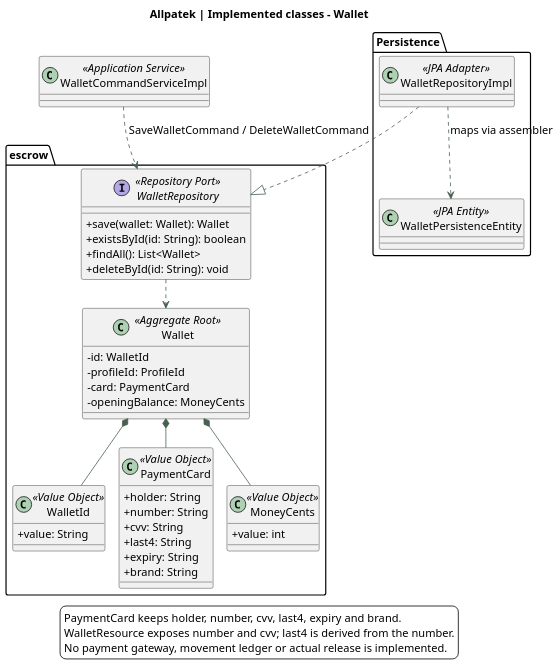
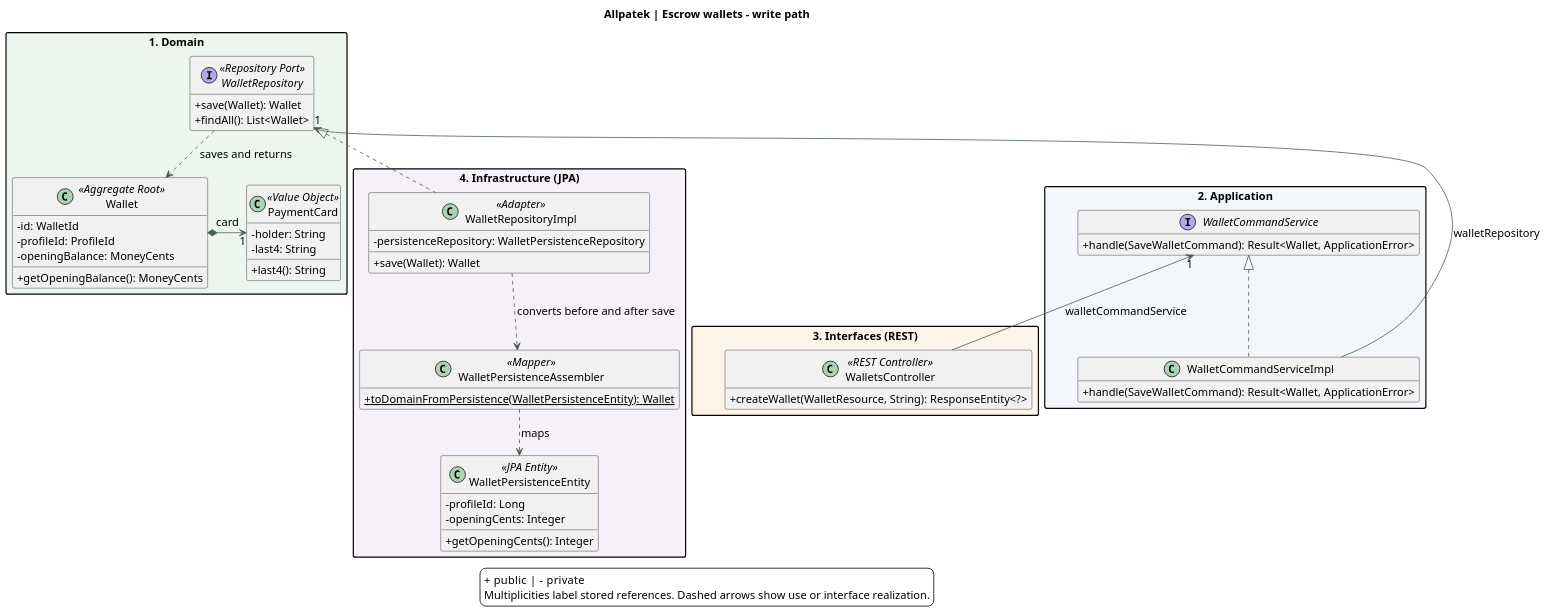
One commit to upc-pre-202620-1asi0729-7753-Terranova/allpatek-report changed the diagram in assets/chapter-04/architecture/11-classes-payments.puml. Above: the diagram before and after it, drawn with PlantUML. The commit also changed 6 other files, not shown here.

Commit message:
docs(uml): trace escrow classes across the API and webapp

```diff
--- a/assets/chapter-04/architecture/11-classes-payments.puml
+++ b/assets/chapter-04/architecture/11-classes-payments.puml
@@ -1,67 +1,74 @@
 @startuml
 !pragma layout smetana
 skinparam backgroundColor white
 skinparam defaultFontName SansSerif
 skinparam defaultFontSize 14
 skinparam shadowing false
 skinparam classAttributeIconSize 0
 skinparam ArrowColor #476050
+skinparam packageStyle rectangle
 skinparam dpi 140
-title Allpatek | Implemented classes - Wallet
+hide empty members
 top to bottom direction
+title Allpatek | Escrow wallets - write path
 
-package "escrow" {
+package "1. Domain" as Domain #ECF6EF {
   class Wallet <<Aggregate Root>> {
     -id: WalletId
     -profileId: ProfileId
-    -card: PaymentCard
     -openingBalance: MoneyCents
+    +getOpeningBalance(): MoneyCents
   }
-
-  class WalletId <<Value Object>> {
-    +value: String
+  class PaymentCard <<Value Object>> {
+    -holder: String
+    -last4: String
+    +last4(): String
   }
-
-  class PaymentCard <<Value Object>> {
-    +holder: String
-    +number: String
-    +cvv: String
-    +last4: String
-    +expiry: String
-    +brand: String
+  interface WalletRepository <<Repository Port>> {
+    +save(Wallet): Wallet
+    +findAll(): List<Wallet>
   }
-
-  class MoneyCents <<Value Object>> {
-    +value: int
+  Wallet *-right-> "1" PaymentCard : card
+  WalletRepository ..> Wallet : saves and returns
+}
+package "2. Application" as Application #F3F6FA {
+  interface WalletCommandService {
+    +handle(SaveWalletCommand): Result<Wallet, ApplicationError>
   }
-
-  interface WalletRepository <<Repository Port>> {
-    +save(wallet: Wallet): Wallet
-    +existsById(id: String): boolean
-    +findAll(): List<Wallet>
-    +deleteById(id: String): void
+  class WalletCommandServiceImpl {
+    +handle(SaveWalletCommand): Result<Wallet, ApplicationError>
   }
-
-  Wallet *-- WalletId
-  Wallet *-- PaymentCard
-  Wallet *-- MoneyCents
-  WalletRepository ..> Wallet
+  WalletCommandService <|.. WalletCommandServiceImpl
 }
-
-class WalletCommandServiceImpl <<Application Service>>
-WalletCommandServiceImpl ..> WalletRepository : SaveWalletCommand / DeleteWalletCommand
-
-package "Persistence" {
-  class WalletRepositoryImpl <<JPA Adapter>>
-  class WalletPersistenceEntity <<JPA Entity>>
-
-  WalletRepositoryImpl ..> WalletPersistenceEntity : maps via assembler
+package "3. Interfaces (REST)" as Interfaces #FDF4E8 {
+  class WalletsController <<REST Controller>> {
+    +createWallet(WalletResource, String): ResponseEntity<?>
+  }
 }
-WalletRepositoryImpl ..|> WalletRepository
+package "4. Infrastructure (JPA)" as Infrastructure #F6F1F8 {
+  class WalletRepositoryImpl <<Adapter>> {
+    -persistenceRepository: WalletPersistenceRepository
+    +save(Wallet): Wallet
+  }
+  class WalletPersistenceAssembler <<Mapper>> {
+    {static} +toDomainFromPersistence(WalletPersistenceEntity): Wallet
+  }
+  class WalletPersistenceEntity <<JPA Entity>> {
+    -profileId: Long
+    -openingCents: Integer
+    +getOpeningCents(): Integer
+  }
+  WalletRepositoryImpl ..> WalletPersistenceAssembler : converts before and after save
+  WalletPersistenceAssembler ..> WalletPersistenceEntity : maps
+}
+WalletRepository "1" <-- WalletCommandServiceImpl : walletRepository
+WalletRepository <|.. WalletRepositoryImpl
+WalletCommandService "1" <-- WalletsController : walletCommandService
+Domain -[hidden]down-> Application
+Application -[hidden]down-> Interfaces
 
 legend bottom
-PaymentCard keeps holder, number, cvv, last4, expiry and brand.
-WalletResource exposes number and cvv; last4 is derived from the number.
-No payment gateway, movement ledger or actual release is implemented.
++ public  |  - private
+Multiplicities label stored references. Dashed arrows show use or interface realization.
 endlegend
 @enduml
```
